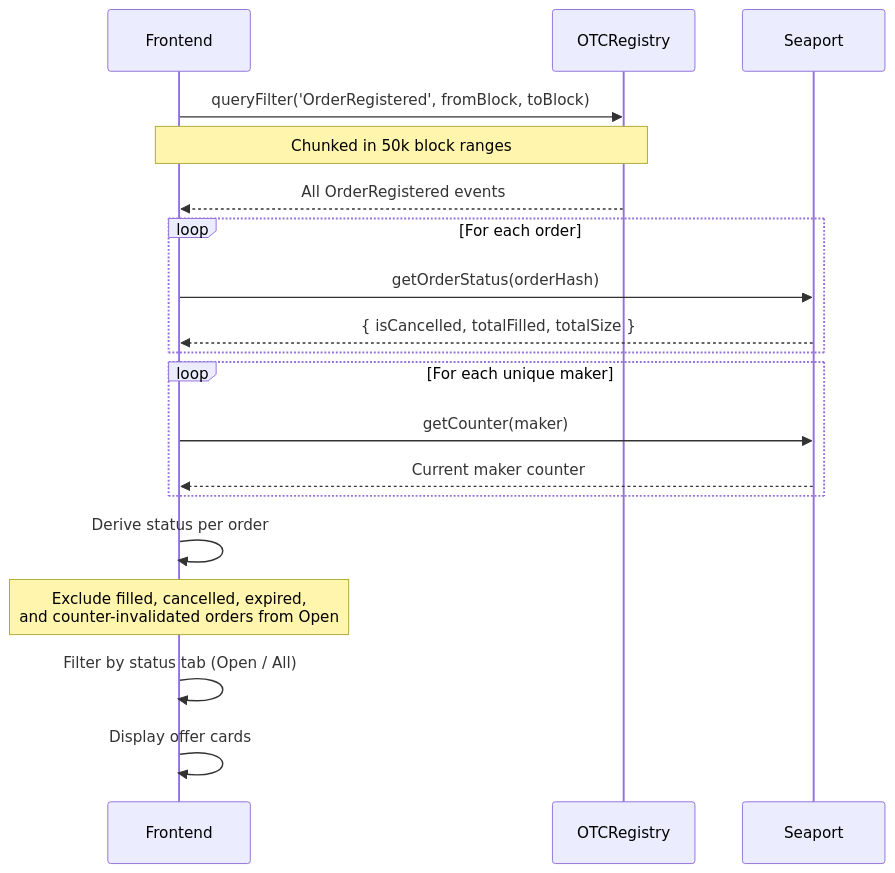
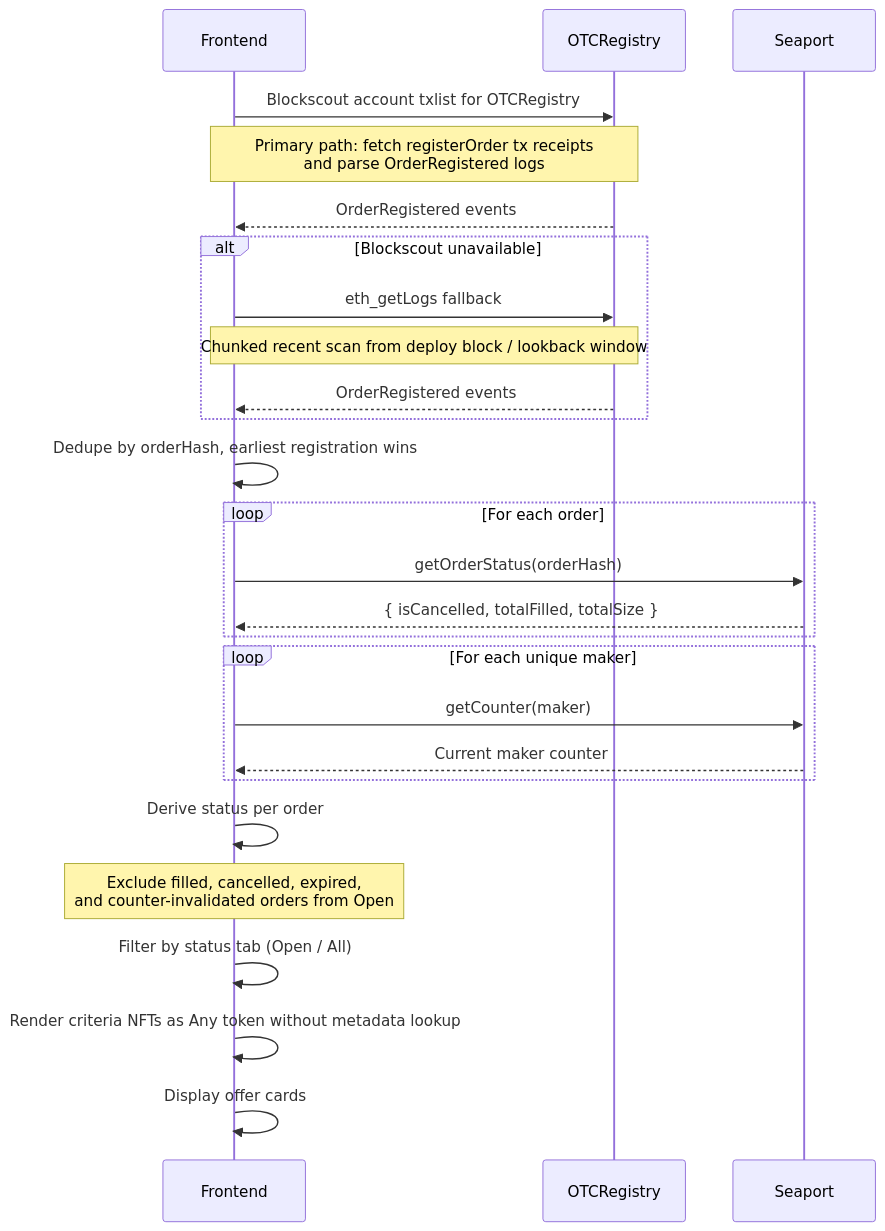
One commit to shukudaidayo/ocarina-trade changed the fifth of 5 diagrams in docs/flows.md. Above: the diagram before and after it, drawn with Mermaid. The commit also changed other lines of this file and 10 other files, not shown here.

First line of the commit message:
Add Any Token criteria offers

````diff
--- a/docs/flows.md
+++ b/docs/flows.md
@@ -138,25 +153,34 @@
 ```mermaid
 sequenceDiagram
     participant F as Frontend
     participant Z as OTCRegistry
     participant S as Seaport
 
-    F->>Z: queryFilter('OrderRegistered', fromBlock, toBlock)
-    Note over F,Z: Chunked in 50k block ranges
-    Z-->>F: All OrderRegistered events
+    F->>Z: Blockscout account txlist for OTCRegistry
+    Note over F,Z: Primary path: fetch registerOrder tx receipts<br/>and parse OrderRegistered logs
+    Z-->>F: OrderRegistered events
+
+    alt Blockscout unavailable
+        F->>Z: eth_getLogs fallback
+        Note over F,Z: Chunked recent scan from deploy block / lookback window
+        Z-->>F: OrderRegistered events
+    end
+
+    F->>F: Dedupe by orderHash, earliest registration wins
 
     loop For each order
         F->>S: getOrderStatus(orderHash)
         S-->>F: { isCancelled, totalFilled, totalSize }
     end
 
     loop For each unique maker
         F->>S: getCounter(maker)
         S-->>F: Current maker counter
     end
 
     F->>F: Derive status per order
     Note over F: Exclude filled, cancelled, expired,<br/>and counter-invalidated orders from Open
     F->>F: Filter by status tab (Open / All)
+    F->>F: Render criteria NFTs as Any token without metadata lookup
     F->>F: Display offer cards
 ```
````
